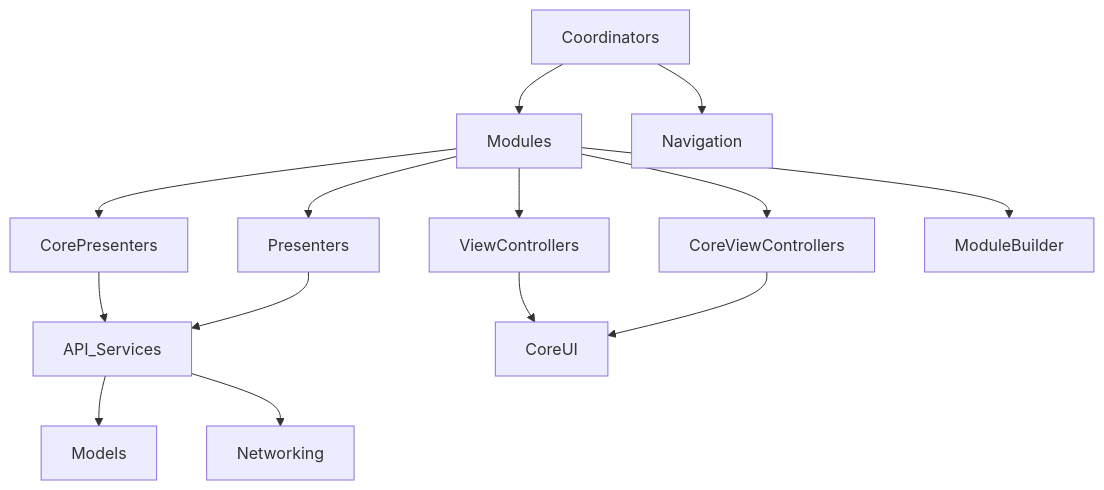
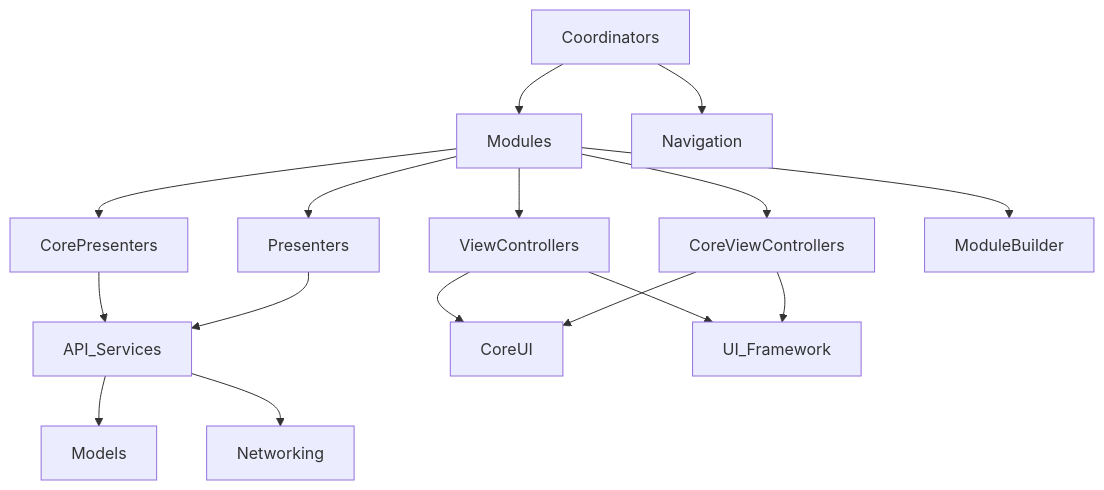
Before and after one commit to Jeytery/AppBuilding-iOS: the second of 2 diagrams in layers.md, drawn with Mermaid.

````diff
--- a/layers.md
+++ b/layers.md
@@ -18,18 +18,20 @@
 ```mermaid
 graph TD;
   Coordinators-->Modules;
   Coordinators-->Navigation;
     Modules-->Presenters;
     Modules-->CorePresenters;
     Modules-->ViewControllers;
     Modules-->CoreViewControllers;
     Modules-->ModuleBuilder;
 
     CorePresenters-->API_Services;
     Presenters-->API_Services;
       API_Services-->Models;
       API_Services-->Networking;
      
     ViewControllers-->CoreUI;
     CoreViewControllers-->CoreUI;
+    ViewControllers-->UI_Framework;
+    CoreViewControllers-->UI_Framework;
 ```
````
